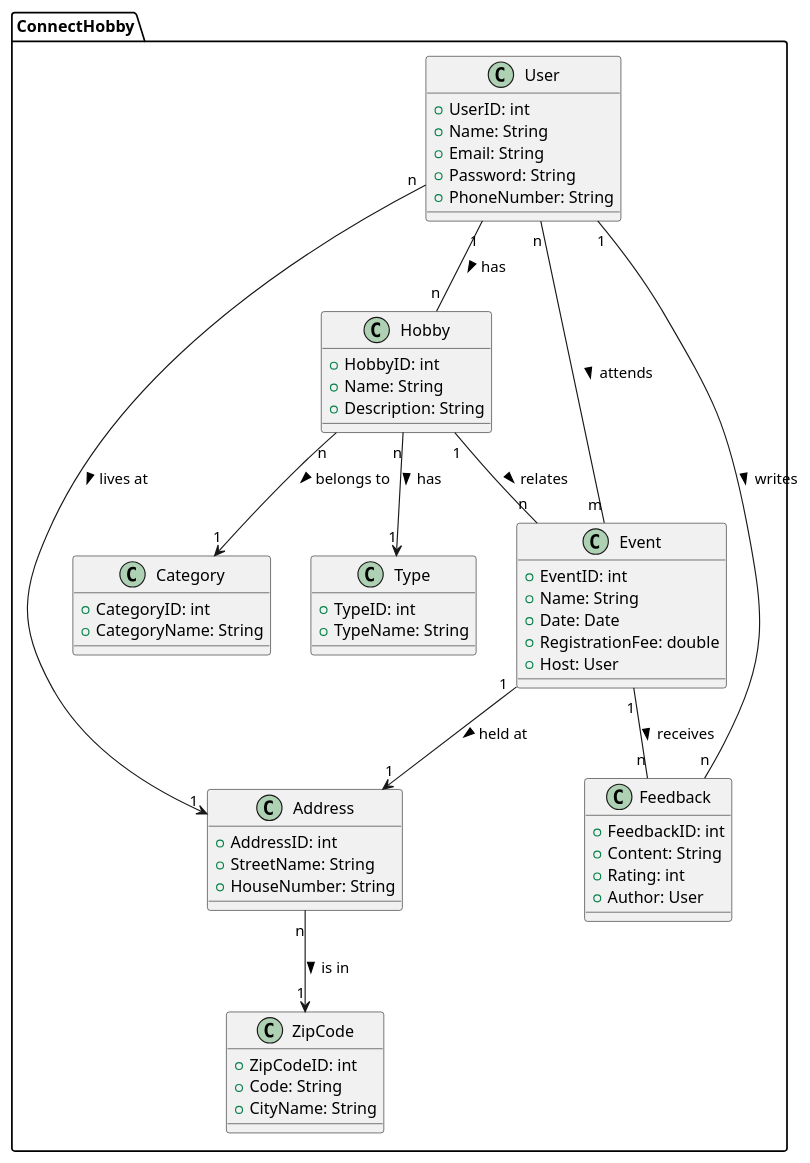
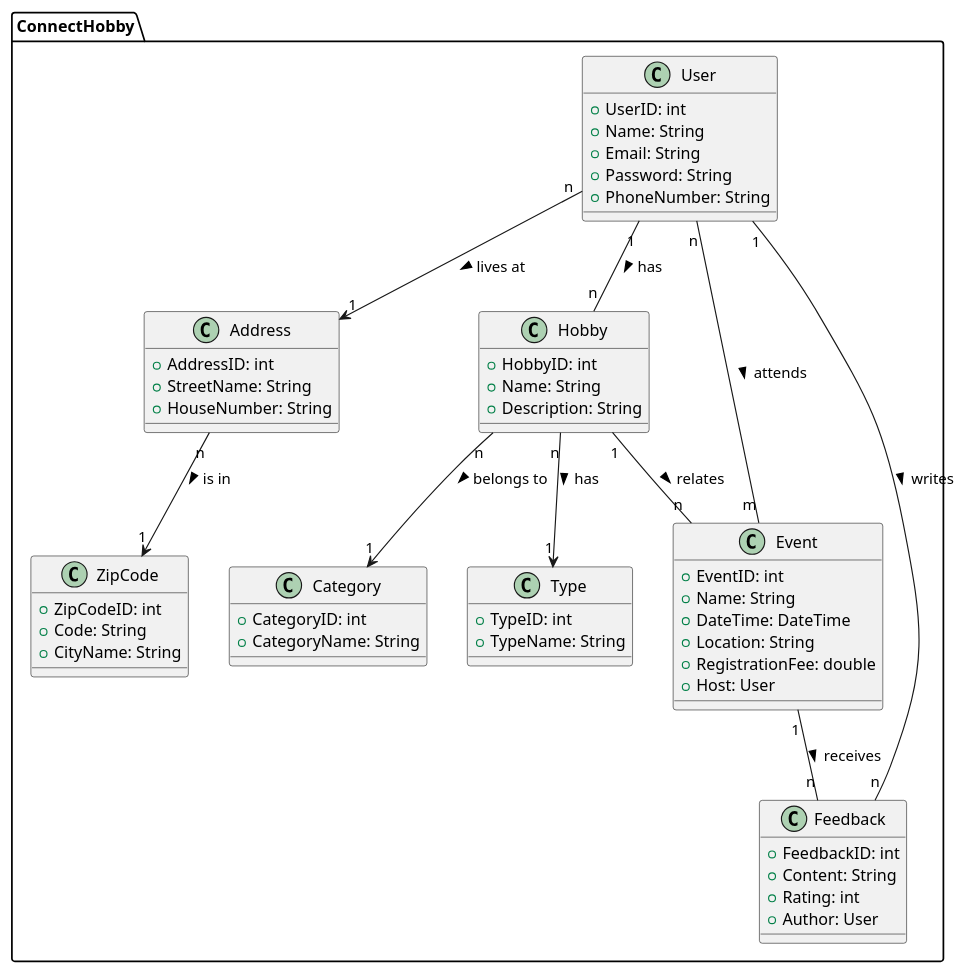
The diagram in DomainModel.puml (Peter537/Dat3-SP1), drawn with PlantUML before and after one commit.

Commit message:
Domain model updated

```diff
--- a/DomainModel.puml
+++ b/DomainModel.puml
@@ -1,65 +1,65 @@
 @startuml
 package ConnectHobby {
   class User {
      + UserID: int
      + Name: String
      + Email: String
      + Password: String
      + PhoneNumber: String
   }
 
   class Address {
      + AddressID: int
      + StreetName: String
      + HouseNumber: String
   }
 
   class ZipCode {
      + ZipCodeID: int
      + Code: String
      + CityName: String
   }
 
   class Hobby {
      + HobbyID: int
      + Name: String
      + Description: String
   }
 
   class Category {
      + CategoryID: int
      + CategoryName: String
   }
 
   class Type {
      + TypeID: int
      + TypeName: String
   }
 
   class Event {
      + EventID: int
      + Name: String
-     + Date: Date
+     + DateTime: DateTime
+     + Location: String
      + RegistrationFee: double
      + Host: User
   }
 
   class Feedback {
      + FeedbackID: int
      + Content: String
      + Rating: int
      + Author: User
   }
 
   User "n" --> "1" Address : lives at >
   Address "n" --> "1" ZipCode : is in >
   User "1" -- "n" Hobby : has >
   Hobby "n" --> "1" Category : belongs to >
   Hobby "n" --> "1" Type : has >
   User "n" -- "m" Event : attends >
-  Event "1" --> "1" Address : held at >
   Hobby "1" -- "n" Event : relates >
   Event "1" -- "n" Feedback : receives >
   User "1" -- "n" Feedback : writes >
 }
 @enduml
```
